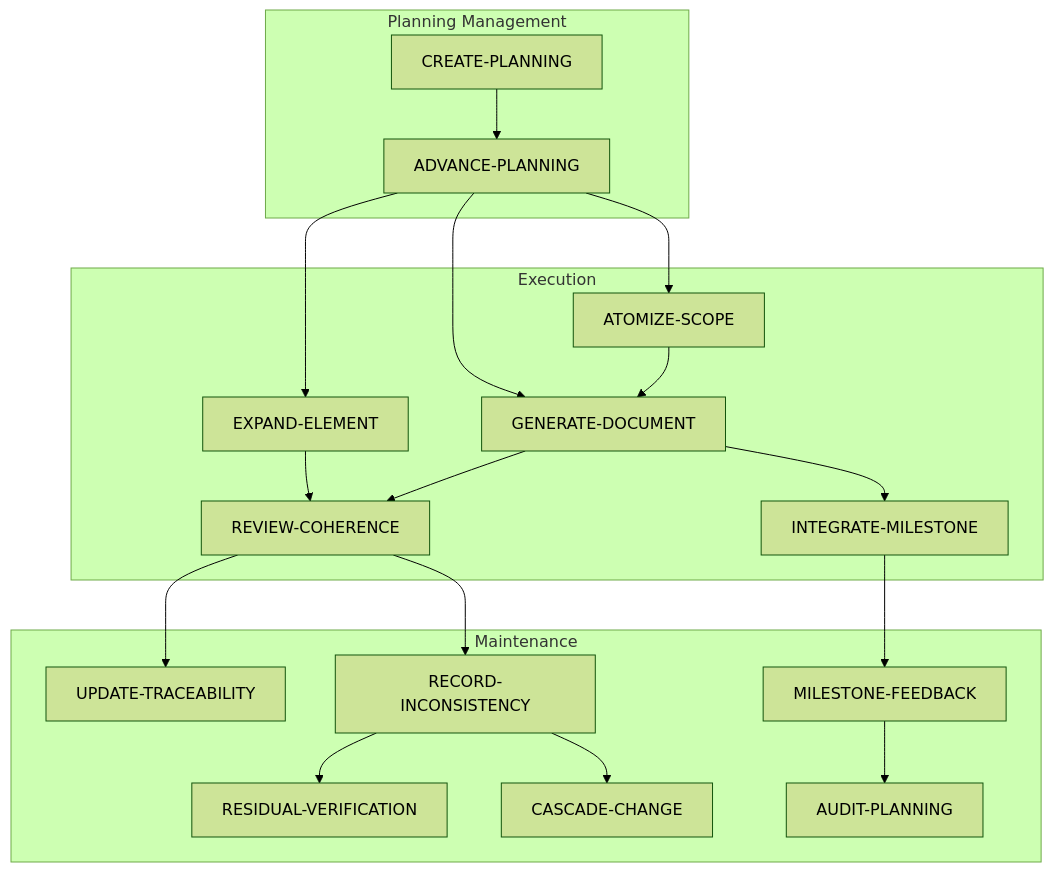
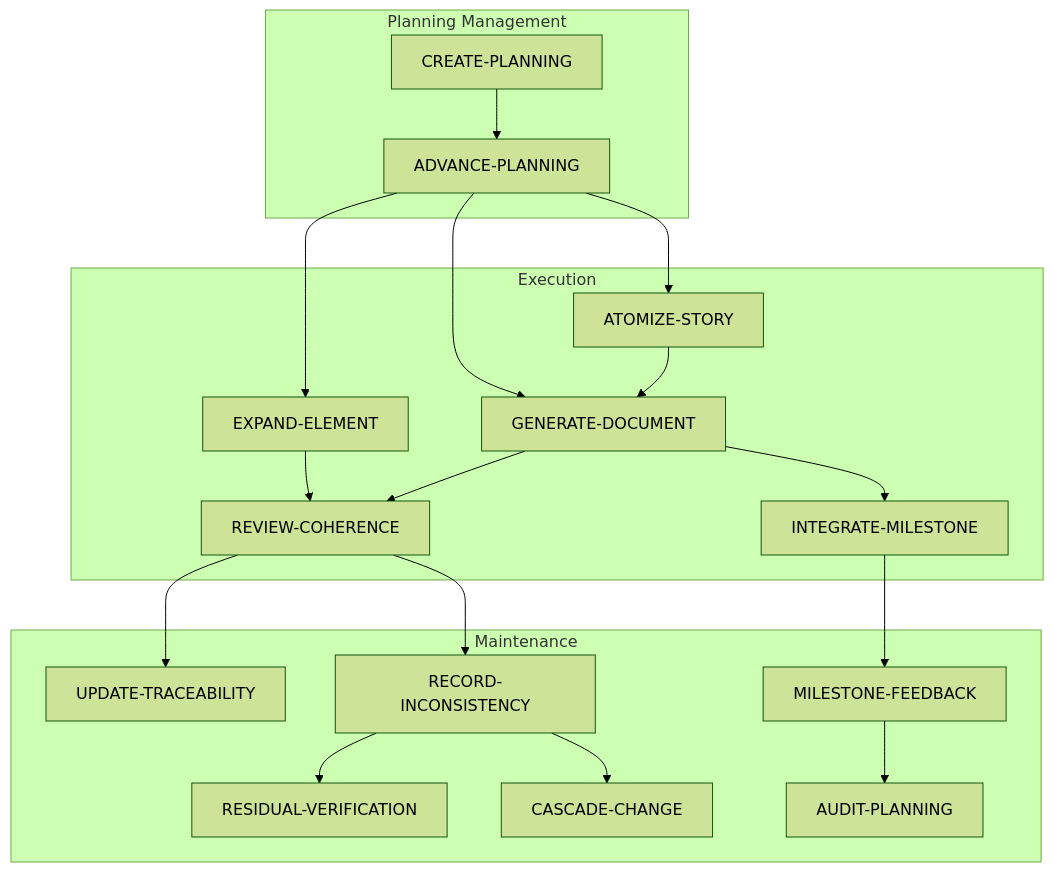
One commit to cmartinezs/claude-planning-with-ai changed the diagram in planning-template/WORKFLOWS/README.md. Above: the diagram before and after it, drawn with Mermaid (forest theme). The commit also changed other lines of this file and 73 other files, not shown here.

````diff
--- a/planning-template/WORKFLOWS/README.md
+++ b/planning-template/WORKFLOWS/README.md
@@ -45,39 +45,39 @@
 ```mermaid
 flowchart TD
     subgraph Planning Management
         CP[CREATE-PLANNING]
         AP[ADVANCE-PLANNING]
     end
 
     subgraph Execution
-        AS[ATOMIZE-SCOPE]
+        AS[ATOMIZE-STORY]
         GD[GENERATE-DOCUMENT]
         RC[REVIEW-COHERENCE]
         EE[EXPAND-ELEMENT]
         IM[INTEGRATE-MILESTONE]
     end
 
     subgraph Maintenance
         UT[UPDATE-TRACEABILITY]
         RV[RESIDUAL-VERIFICATION]
         RI[RECORD-INCONSISTENCY]
         CC[CASCADE-CHANGE]
         MF[MILESTONE-FEEDBACK]
         AuP[AUDIT-PLANNING]
     end
 
     CP --> AP
     AP --> AS
     AS --> GD
     AP --> GD
     AP --> EE
     GD --> RC
     EE --> RC
     RC --> UT
     GD --> IM
     IM --> MF
     MF --> AuP
     RC --> RI
     RI --> RV
     RI --> CC
 ```
````
